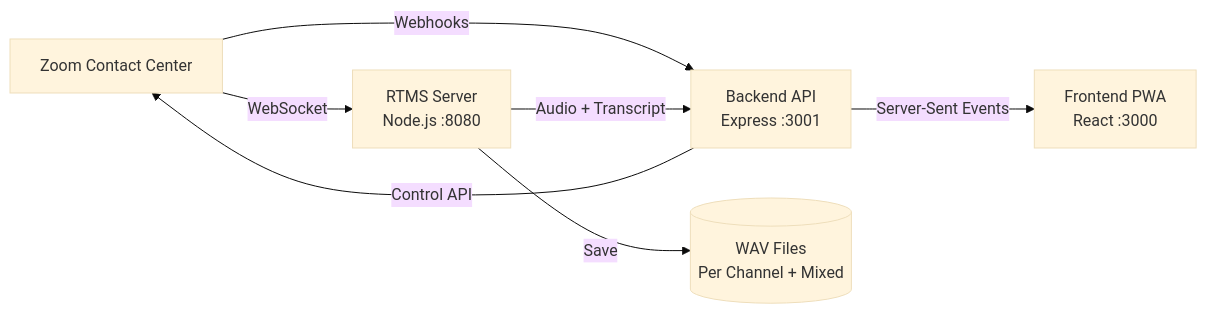
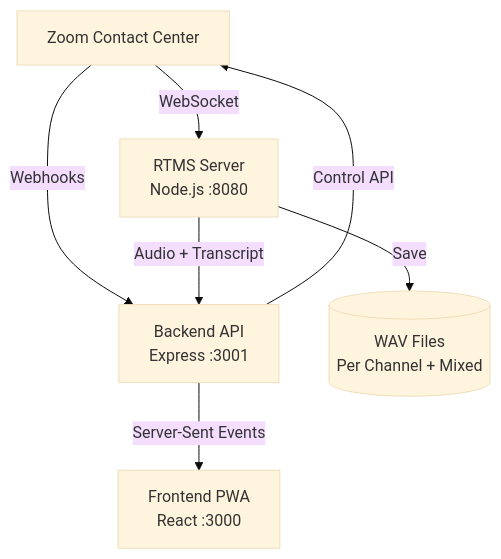
The diagram in blueprints/engagement-remote-access/architecture.mmd (zoom/blueprints), drawn with Mermaid (base theme) before and after one commit. The commit also changed 27 other files, not shown here.

First line of the commit message:
Lay flowcharts out top to bottom and add diagram layout rules

```diff
--- a/blueprints/engagement-remote-access/architecture.mmd
+++ b/blueprints/engagement-remote-access/architecture.mmd
@@ -1,10 +1,10 @@
 %% Keep this file in sync with the mermaid fence in index.md.
-graph LR
+flowchart TB
     A[Zoom Contact Center] -->|Webhooks| B[Backend API<br/>Express :3001]
     A -->|WebSocket| C[RTMS Server<br/>Node.js :8080]
     
     B -->|Control API| A
     C -->|Audio + Transcript| B
     B -->|Server-Sent Events| D[Frontend PWA<br/>React :3000]
     
     C -->|Save| E[(WAV Files<br/>Per Channel + Mixed)]
```
